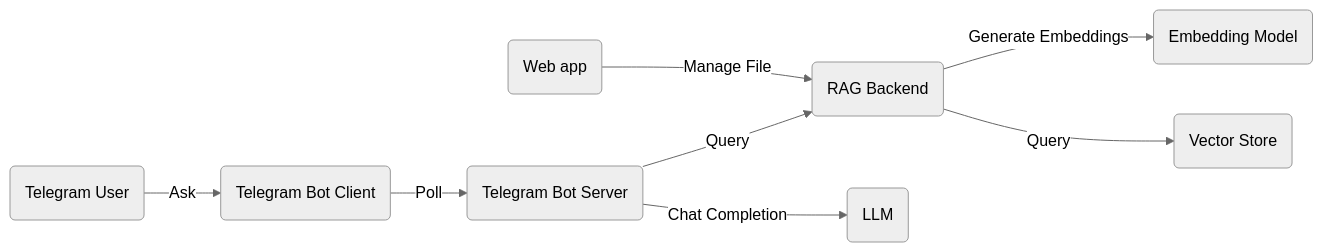
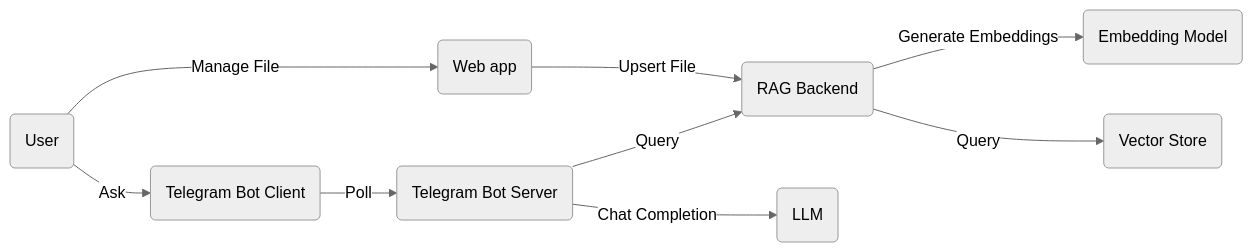
Before and after one commit to doanhaivu/chatgpt_telegram_bot: the diagram in architecture.md, drawn with Mermaid (neutral theme).

````diff
--- a/architecture.md
+++ b/architecture.md
@@ -1,11 +1,12 @@
 ```mermaid
 
 flowchart LR
-    J(Telegram User) --> |Ask| A(Telegram Bot Client)
+    J(User) --> |Ask| A(Telegram Bot Client)
     A -->|Poll| B(Telegram Bot Server)
     B -->|Query| C(RAG Backend)
     C -->|Generate Embeddings| D(Embedding Model)
     B -->|Chat Completion| E(LLM)
     C -->|Query| F(Vector Store)
-    G(Web app) -->|Manage File| C
+    G(Web app) -->|Upsert File| C
+    J --> |Manage File| G
 ```
````
